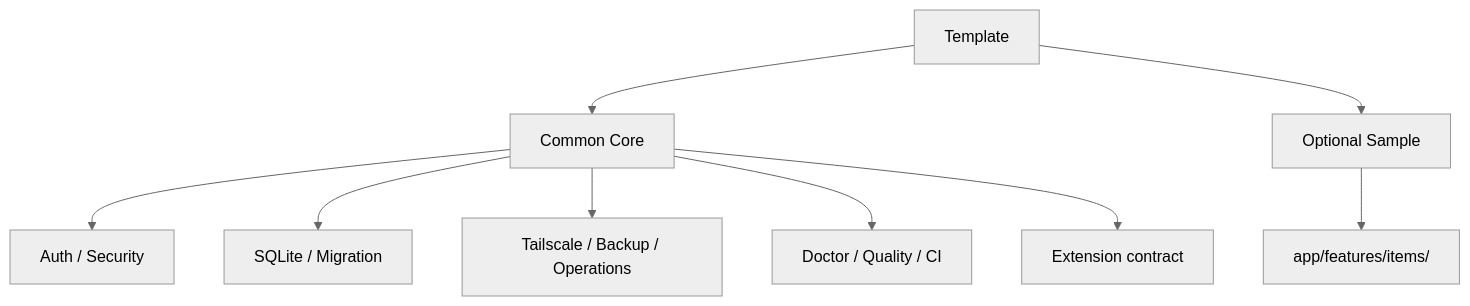
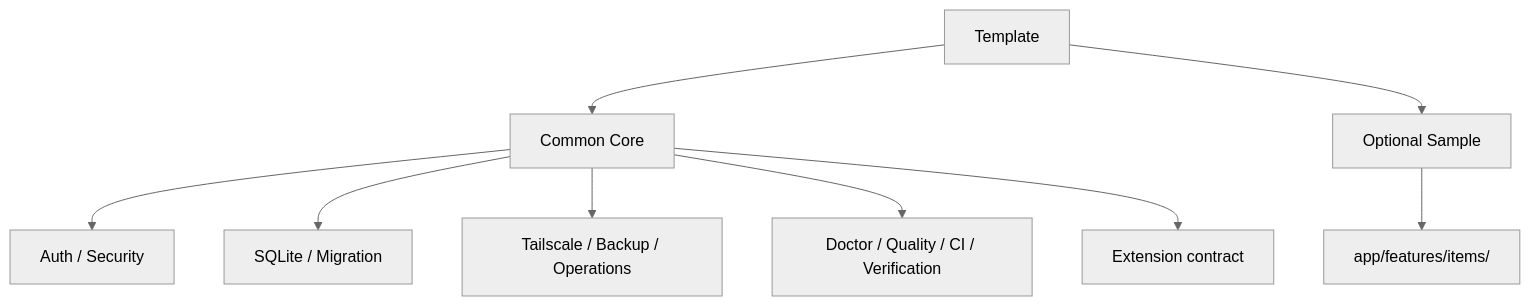
The second of 6 diagrams in README.md (k-systems202208/python-sqlite-tailscale-webapp-template), drawn with Mermaid (neutral theme) before and after one commit. The commit also changed other lines of this file and 6 other files, not shown here.

````diff
--- a/README.md
+++ b/README.md
@@ -53,11 +55,11 @@
 ```mermaid
 flowchart TD
     T["Template"] --> C["Common Core"]
     T --> S["Optional Sample"]
     C --> C1["Auth / Security"]
     C --> C2["SQLite / Migration"]
     C --> C3["Tailscale / Backup / Operations"]
-    C --> C4["Doctor / Quality / CI"]
+    C --> C4["Doctor / Quality / CI / Verification"]
     C --> C5["Extension contract"]
     S --> S1["app/features/items/"]
 ```
````
